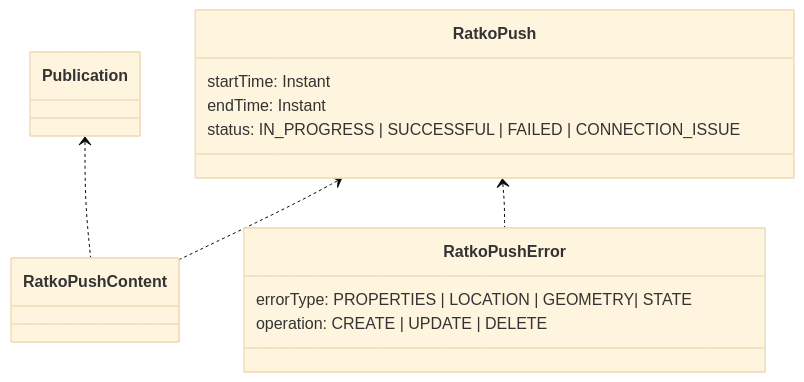
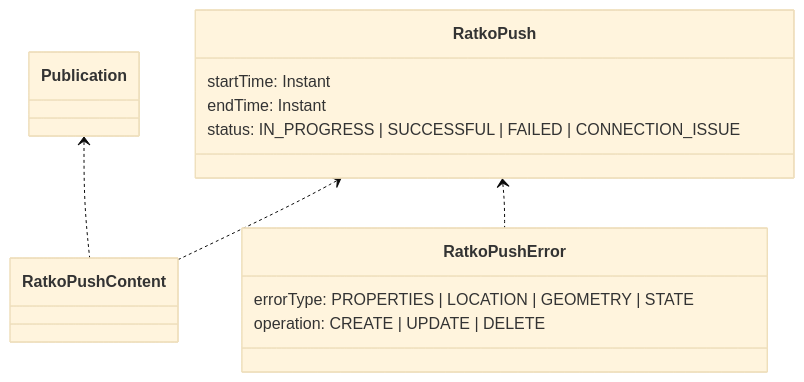
Before and after one commit to finnishtransportagency/geoviite: the diagram in doc/ratkovienti.md, drawn with Mermaid (base theme). The commit also changed other lines of this file, not shown here.

````diff
--- a/doc/ratkovienti.md
+++ b/doc/ratkovienti.md
@@ -25,21 +25,21 @@
 ```mermaid
 classDiagram 
     class RatkoPush {
         startTime: Instant
         endTime: Instant
         status: IN_PROGRESS | SUCCESSFUL | FAILED | CONNECTION_ISSUE
     }
     
     class RatkoPushContent
     
     class RatkoPushError {
-        errorType: PROPERTIES | LOCATION | GEOMETRY| STATE
+        errorType: PROPERTIES | LOCATION | GEOMETRY | STATE
         operation: CREATE | UPDATE | DELETE
     }
     
     class Publication
 
     RatkoPush <.. RatkoPushContent
     Publication <.. RatkoPushContent
     RatkoPush <.. RatkoPushError
 ```
````
